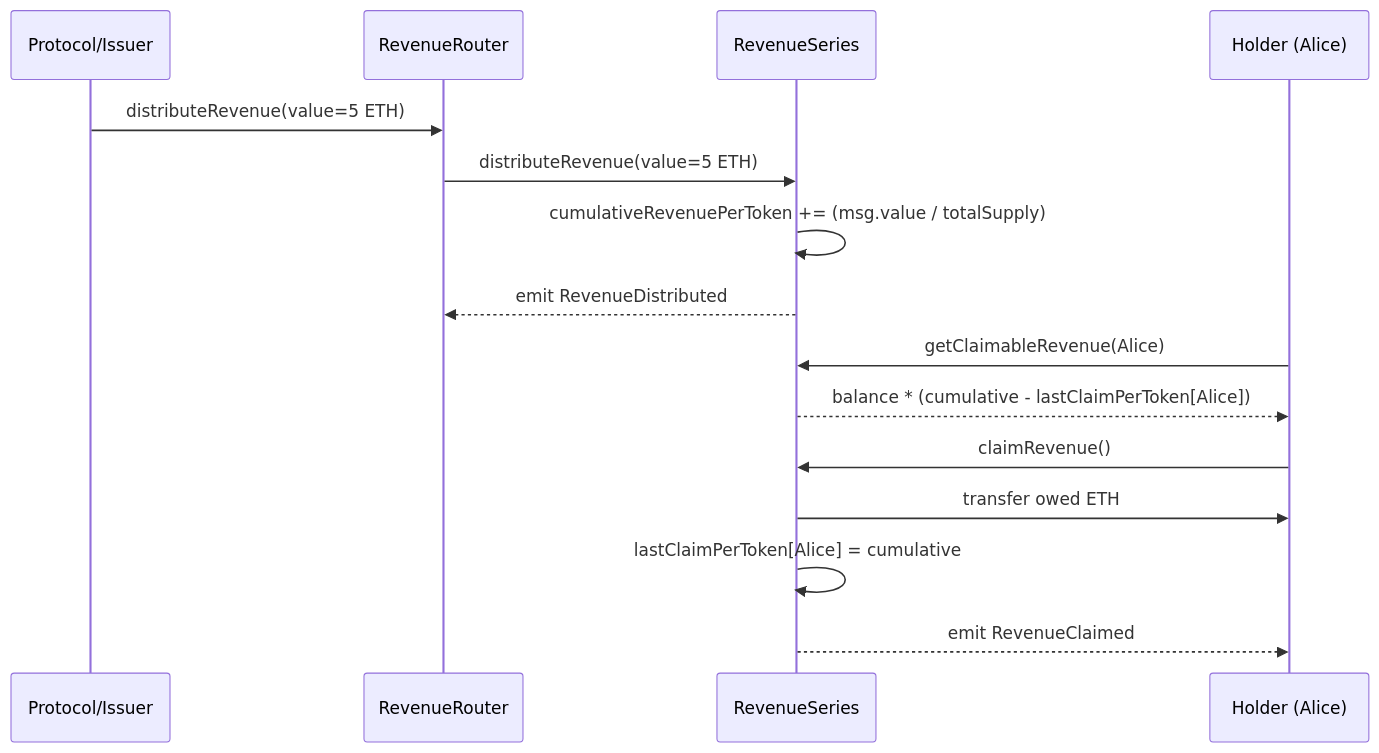
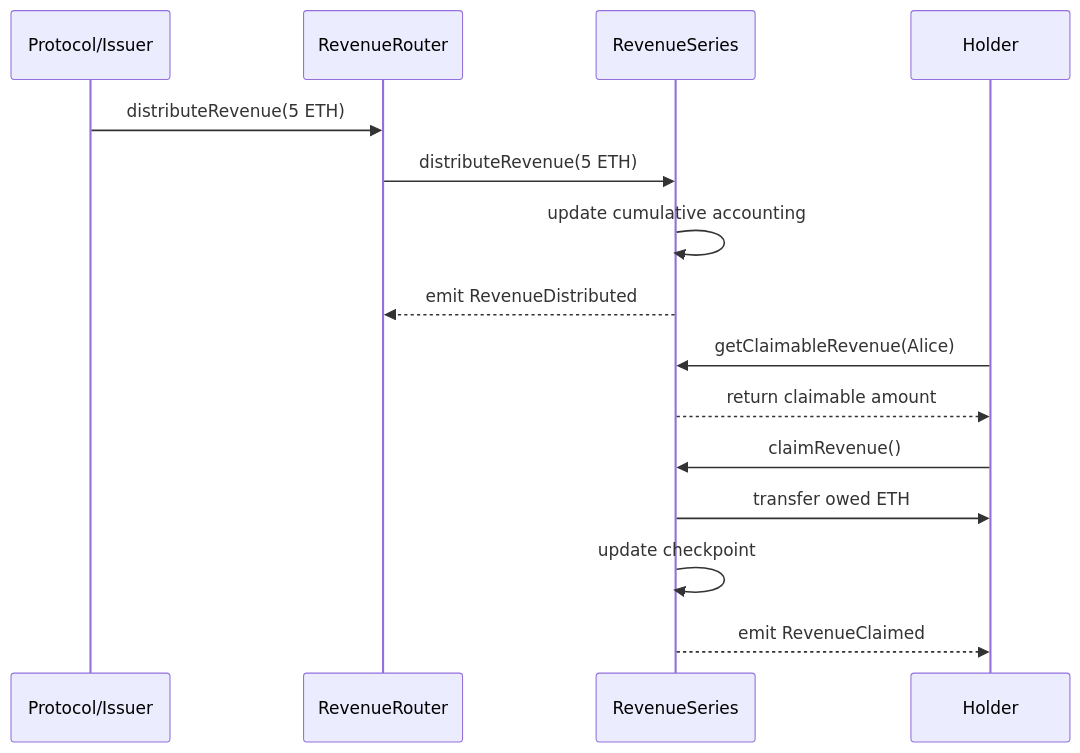
Before and after one commit to EquorumProtocol/Equorum-Revenue-Bonds: the second of 2 diagrams in WHITEPAPER.md, drawn with Mermaid. The commit also changed other lines of this file, not shown here.

First line of the commit message:
Fix Mermaid diagram syntax for GitHub compatibility

````diff
--- a/WHITEPAPER.md
+++ b/WHITEPAPER.md
@@ -143,20 +148,20 @@
 ```mermaid
 sequenceDiagram
   participant Issuer as Protocol/Issuer
   participant Router as RevenueRouter
   participant Series as RevenueSeries
-  participant Alice as Holder (Alice)
+  participant Alice as Holder
 
-  Issuer->>Router: distributeRevenue(value=5 ETH)
-  Router->>Series: distributeRevenue(value=5 ETH)
-  Series->>Series: cumulativeRevenuePerToken += (msg.value / totalSupply)
+  Issuer->>Router: distributeRevenue(5 ETH)
+  Router->>Series: distributeRevenue(5 ETH)
+  Series->>Series: update cumulative accounting
   Series-->>Router: emit RevenueDistributed
 
   Alice->>Series: getClaimableRevenue(Alice)
-  Series-->>Alice: balance * (cumulative - lastClaimPerToken[Alice])
+  Series-->>Alice: return claimable amount
 
   Alice->>Series: claimRevenue()
   Series->>Alice: transfer owed ETH
-  Series->>Series: lastClaimPerToken[Alice] = cumulative
+  Series->>Series: update checkpoint
   Series-->>Alice: emit RevenueClaimed
 ```
````
